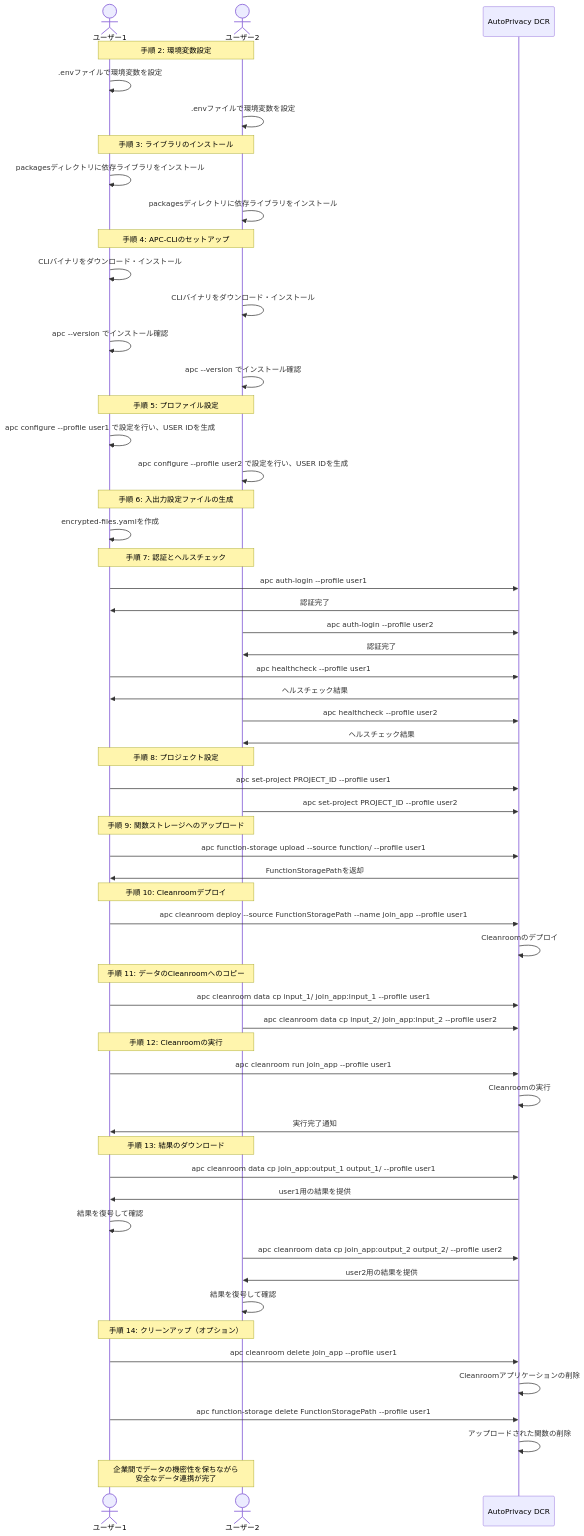
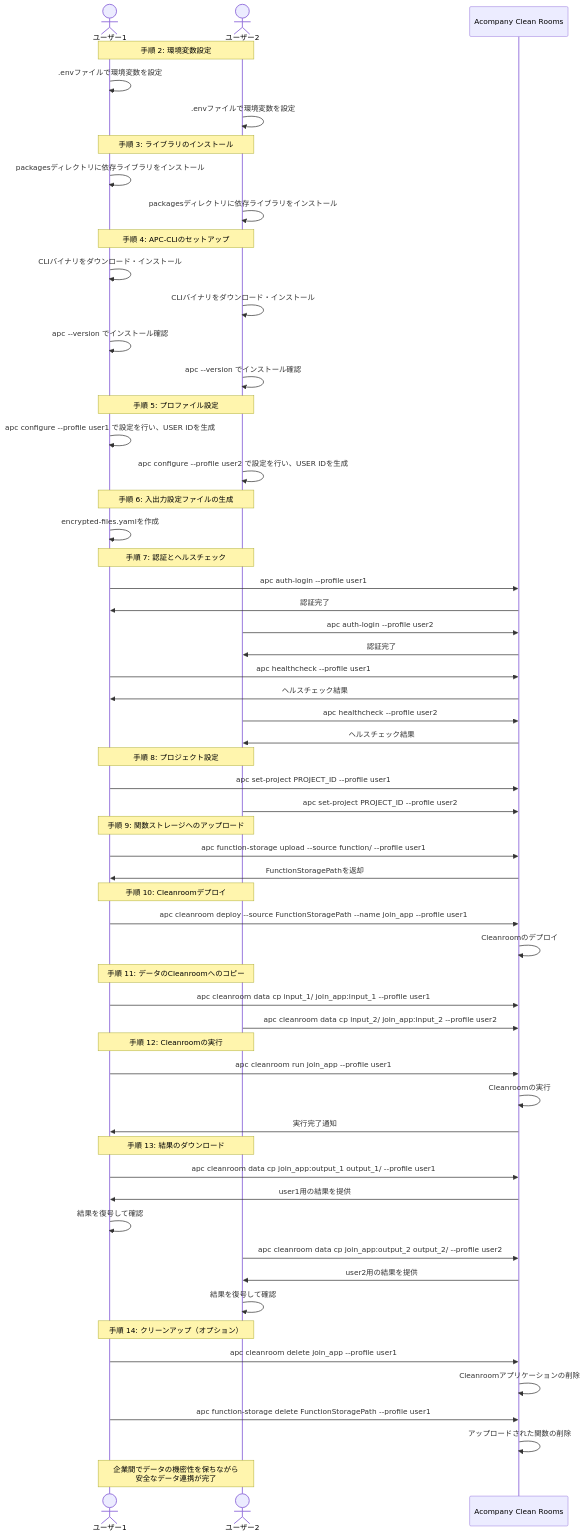
Before and after one commit to acompany-develop/dcr-docs-examples: the diagram in notebooks/mmd/apc_sequence.mmd, drawn with Mermaid. The commit also changed 4 other files, not shown here.

First line of the commit message:
docs: 製品名を Acompany Clean Rooms に変更

```diff
--- a/notebooks/mmd/apc_sequence.mmd
+++ b/notebooks/mmd/apc_sequence.mmd
@@ -1,87 +1,87 @@
 sequenceDiagram
     actor user1 as ユーザー1
     actor user2 as ユーザー2
-    participant AutoPrivacyDCR as AutoPrivacy DCR
+    participant ACR as Acompany Clean Rooms
 
     %% 手順 2: 環境変数設定
     Note over user1, user2: 手順 2: 環境変数設定
     user1->>user1: .envファイルで環境変数を設定
     user2->>user2: .envファイルで環境変数を設定
 
     %% 手順 3: ライブラリのインストール
     Note over user1, user2: 手順 3: ライブラリのインストール
     user1->>user1: packagesディレクトリに依存ライブラリをインストール
     user2->>user2: packagesディレクトリに依存ライブラリをインストール
 
     %% 手順 4: APC-CLIのセットアップ
     Note over user1, user2: 手順 4: APC-CLIのセットアップ
     user1->>user1: CLIバイナリをダウンロード・インストール
     user2->>user2: CLIバイナリをダウンロード・インストール
     user1->>user1: apc --version でインストール確認
     user2->>user2: apc --version でインストール確認
 
     %% 手順 5: プロファイル設定
     Note over user1, user2: 手順 5: プロファイル設定
     user1->>user1: apc configure --profile user1 で設定を行い、USER IDを生成
     user2->>user2: apc configure --profile user2 で設定を行い、USER IDを生成
 
     %% 手順 6: 入出力設定ファイルの生成
     Note over user1, user2: 手順 6: 入出力設定ファイルの生成
     user1->>user1: encrypted-files.yamlを作成
 
     %% 手順 7: 認証とヘルスチェック
     Note over user1, user2: 手順 7: 認証とヘルスチェック
-    user1->>AutoPrivacyDCR: apc auth-login --profile user1
-    AutoPrivacyDCR->>user1: 認証完了
-    user2->>AutoPrivacyDCR: apc auth-login --profile user2
-    AutoPrivacyDCR->>user2: 認証完了
+    user1->>ACR: apc auth-login --profile user1
+    ACR->>user1: 認証完了
+    user2->>ACR: apc auth-login --profile user2
+    ACR->>user2: 認証完了
 
-    user1->>AutoPrivacyDCR: apc healthcheck --profile user1
-    AutoPrivacyDCR->>user1: ヘルスチェック結果
-    user2->>AutoPrivacyDCR: apc healthcheck --profile user2
-    AutoPrivacyDCR->>user2: ヘルスチェック結果
+    user1->>ACR: apc healthcheck --profile user1
+    ACR->>user1: ヘルスチェック結果
+    user2->>ACR: apc healthcheck --profile user2
+    ACR->>user2: ヘルスチェック結果
 
     %% 手順 8: プロジェクト設定
     Note over user1, user2: 手順 8: プロジェクト設定
-    user1->>AutoPrivacyDCR: apc set-project PROJECT_ID --profile user1
-    user2->>AutoPrivacyDCR: apc set-project PROJECT_ID --profile user2
+    user1->>ACR: apc set-project PROJECT_ID --profile user1
+    user2->>ACR: apc set-project PROJECT_ID --profile user2
 
     %% 手順 9: 関数ストレージへのアップロード
     Note over user1, user2: 手順 9: 関数ストレージへのアップロード
-    user1->>AutoPrivacyDCR: apc function-storage upload --source function/ --profile user1
-    AutoPrivacyDCR->>user1: FunctionStoragePathを返却
+    user1->>ACR: apc function-storage upload --source function/ --profile user1
+    ACR->>user1: FunctionStoragePathを返却
 
     %% 手順 10: Cleanroomデプロイ
     Note over user1, user2: 手順 10: Cleanroomデプロイ
-    user1->>AutoPrivacyDCR: apc cleanroom deploy --source FunctionStoragePath --name join_app --profile user1
-    AutoPrivacyDCR->>AutoPrivacyDCR: Cleanroomのデプロイ
+    user1->>ACR: apc cleanroom deploy --source FunctionStoragePath --name join_app --profile user1
+    ACR->>ACR: Cleanroomのデプロイ
 
     %% 手順 11: データのCleanroomへのコピー
     Note over user1, user2: 手順 11: データのCleanroomへのコピー
-    user1->>AutoPrivacyDCR: apc cleanroom data cp input_1/ join_app:input_1 --profile user1
-    user2->>AutoPrivacyDCR: apc cleanroom data cp input_2/ join_app:input_2 --profile user2
+    user1->>ACR: apc cleanroom data cp input_1/ join_app:input_1 --profile user1
+    user2->>ACR: apc cleanroom data cp input_2/ join_app:input_2 --profile user2
 
     %% 手順 12: Cleanroomの実行
     Note over user1, user2: 手順 12: Cleanroomの実行
-    user1->>AutoPrivacyDCR: apc cleanroom run join_app --profile user1
-    AutoPrivacyDCR->>AutoPrivacyDCR: Cleanroomの実行
-    AutoPrivacyDCR->>user1: 実行完了通知
+    user1->>ACR: apc cleanroom run join_app --profile user1
+    ACR->>ACR: Cleanroomの実行
+    ACR->>user1: 実行完了通知
 
     %% 手順 13: 結果のダウンロード
     Note over user1, user2: 手順 13: 結果のダウンロード
-    user1->>AutoPrivacyDCR: apc cleanroom data cp join_app:output_1 output_1/ --profile user1
-    AutoPrivacyDCR->>user1: user1用の結果を提供
+    user1->>ACR: apc cleanroom data cp join_app:output_1 output_1/ --profile user1
+    ACR->>user1: user1用の結果を提供
     user1->>user1: 結果を復号して確認
 
-    user2->>AutoPrivacyDCR: apc cleanroom data cp join_app:output_2 output_2/ --profile user2
-    AutoPrivacyDCR->>user2: user2用の結果を提供
+    user2->>ACR: apc cleanroom data cp join_app:output_2 output_2/ --profile user2
+    ACR->>user2: user2用の結果を提供
     user2->>user2: 結果を復号して確認
 
     %% 手順 14: クリーンアップ（オプション）
     Note over user1, user2: 手順 14: クリーンアップ（オプション）
-    user1->>AutoPrivacyDCR: apc cleanroom delete join_app --profile user1
-    AutoPrivacyDCR->>AutoPrivacyDCR: Cleanroomアプリケーションの削除
-    user1->>AutoPrivacyDCR: apc function-storage delete FunctionStoragePath --profile user1
-    AutoPrivacyDCR->>AutoPrivacyDCR: アップロードされた関数の削除
+    user1->>ACR: apc cleanroom delete join_app --profile user1
+    ACR->>ACR: Cleanroomアプリケーションの削除
+    user1->>ACR: apc function-storage delete FunctionStoragePath --profile user1
+    ACR->>ACR: アップロードされた関数の削除
 
     Note over user1, user2: 企業間でデータの機密性を保ちながら<br/>安全なデータ連携が完了
```
